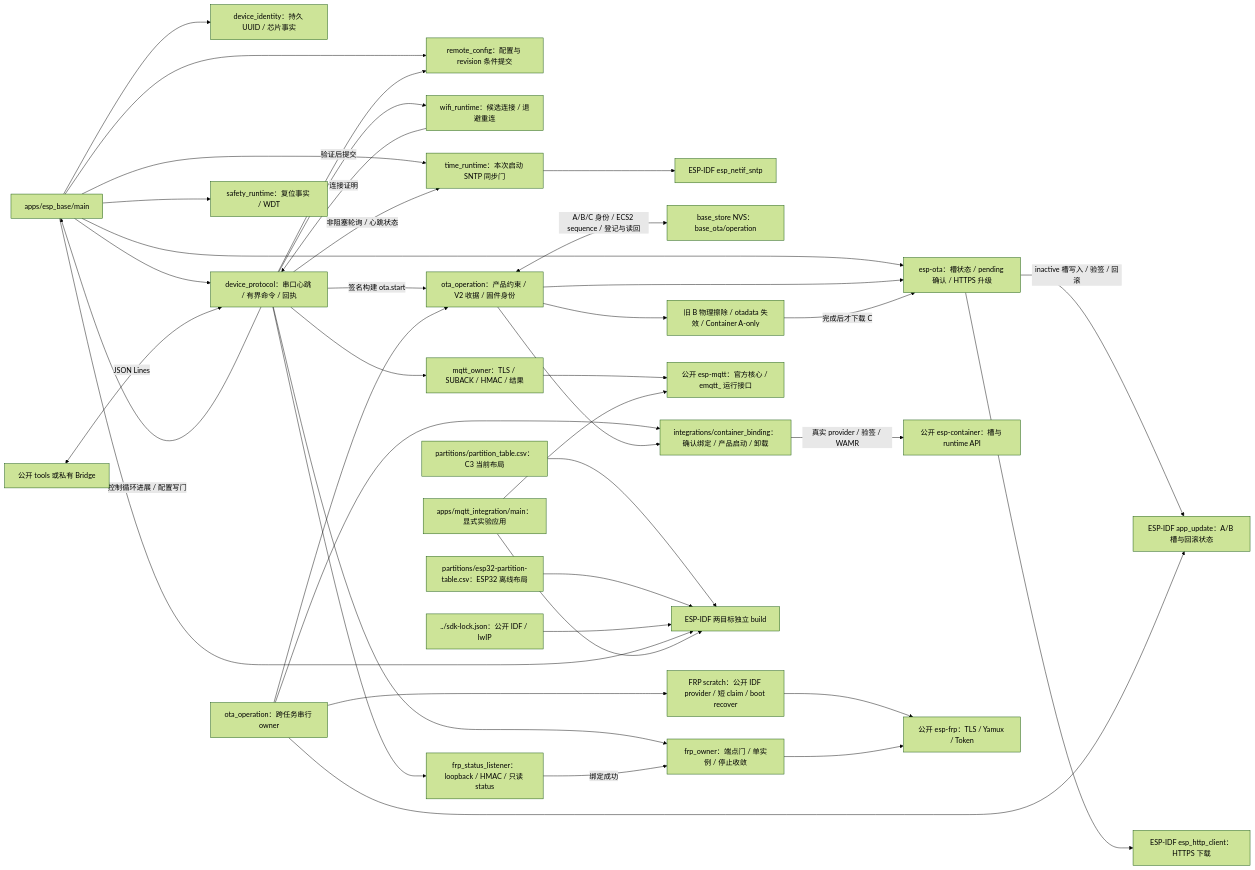
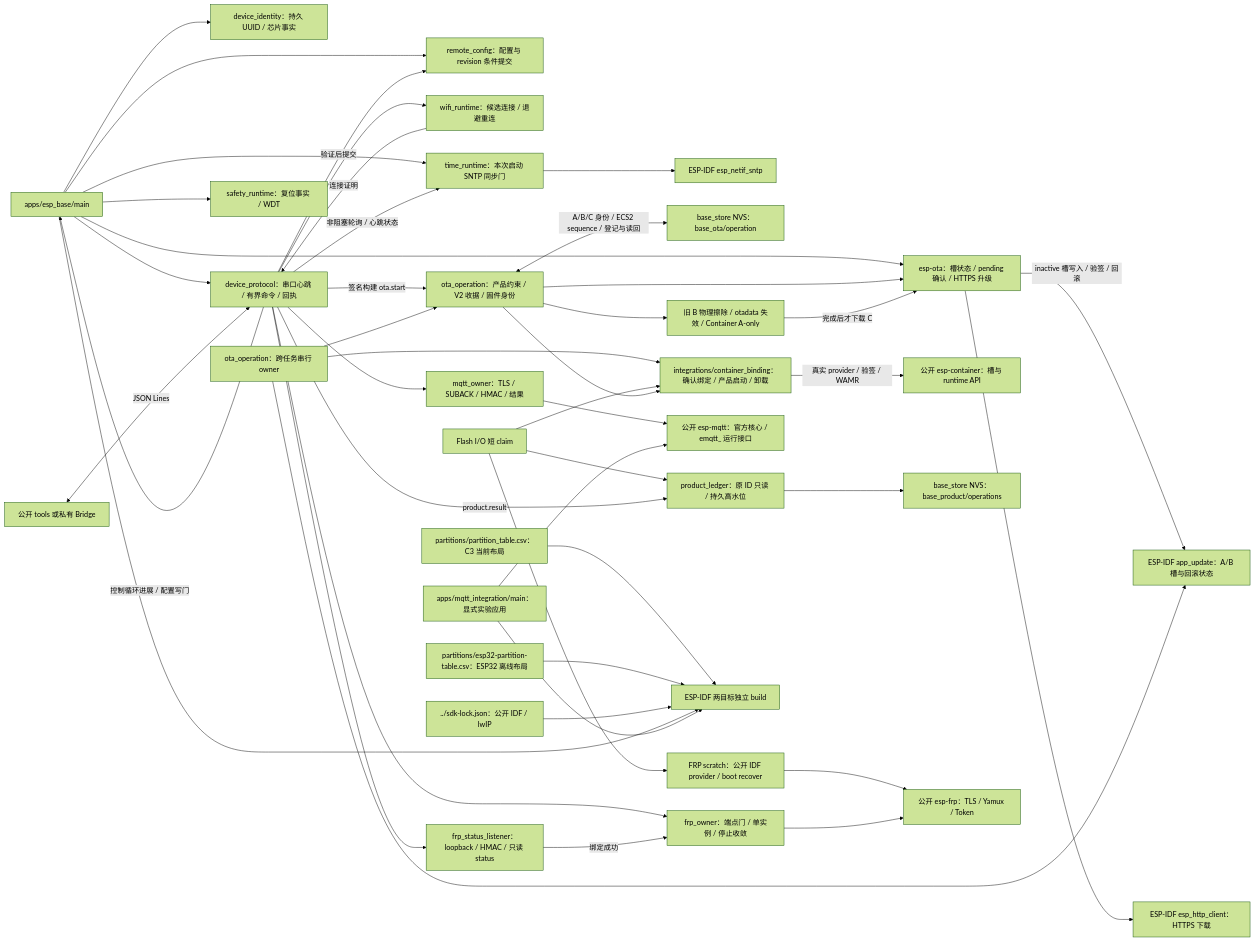
One commit to darren-you/esp-base changed the diagram in firmware/README.md. Above: the diagram before and after it, drawn with Mermaid (forest theme). The commit also changed other lines of this file and 43 other files, not shown here.

````diff
--- a/firmware/README.md
+++ b/firmware/README.md
@@ -7,42 +7,46 @@
 ```mermaid
 flowchart LR
     main["apps/esp_base/main"] --> identity["device_identity：持久 UUID / 芯片事实"]
     main --> config["remote_config：配置与 revision 条件提交"]
     protocol --> wifi["wifi_runtime：候选连接 / 退避重连"]
     wifi -->|"连接证明"| protocol
     protocol -->|"验证后提交"| config
     main --> ota["esp-ota：槽状态 / pending 确认 / HTTPS 升级"]
     receipt["ota_operation：产品约束 / V2 收据 / 固件身份"] --> ota
     main --> time["time_runtime：本次启动 SNTP 同步门"]
     protocol -->|"控制循环进展 / 配置写门"| main
     protocol -->|"非阻塞轮询 / 心跳状态"| time
     time --> sntp["ESP-IDF esp_netif_sntp"]
     ota -->|"inactive 槽写入 / 验签 / 回滚"| rollback["ESP-IDF app_update：A/B 槽与回滚状态"]
     protocol -->|"签名构建 ota.start"| receipt
     ota --> https["ESP-IDF esp_http_client：HTTPS 下载"]
     receipt <-->|"A/B/C 身份 / ECS2 sequence / 登记与读回"| nvs["base_store NVS：base_ota/operation"]
     receipt --> retire["旧 B 物理擦除 / otadata 失效 / Container A-only"]
     retire -->|"完成后才下载 C"| ota
     owner["ota_operation：跨任务串行 owner"] --> receipt
     owner --> rollback
     binding["integrations/container_binding：确认绑定 / 产品启动 / 卸载"] -->|"真实 provider / 验签 / WAMR"| container["公开 esp-container：槽与 runtime API"]
     owner --> binding
-    owner --> frp_scratch["FRP scratch：公开 IDF provider / 短 claim / boot recover"]
+    io_owner["Flash I/O 短 claim"] --> frp_scratch["FRP scratch：公开 IDF provider / boot recover"]
+    io_owner --> binding
+    io_owner --> product_ledger["product_ledger：原 ID 只读 / 持久高水位"]
+    protocol -->|"product.result"| product_ledger
+    product_ledger --> product_nvs["base_store NVS：base_product/operations"]
     frp_scratch --> frp
     receipt --> binding
     main --> safety["safety_runtime：复位事实 / WDT"]
     main --> protocol["device_protocol：串口心跳 / 有界命令 / 回执"]
     protocol --> mqtt_owner["mqtt_owner：TLS / SUBACK / HMAC / 结果"]
     mqtt_owner --> mqtt["公开 esp-mqtt：官方核心 / emqtt_ 运行接口"]
     protocol --> frp_owner["frp_owner：端点门 / 单实例 / 停止收敛"]
     protocol --> frp_status["frp_status_listener：loopback / HMAC / 只读 status"]
     frp_status -->|"绑定成功"| frp_owner
     frp_owner --> frp["公开 esp-frp：TLS / Yamux / Token"]
     host["公开 tools 或私有 Bridge"] <-->|"JSON Lines"| protocol
     c3["partitions/partition_table.csv：C3 当前布局"] --> build["ESP-IDF 两目标独立 build"]
     esp32["partitions/esp32-partition-table.csv：ESP32 离线布局"] --> build
     lock["../sdk-lock.json：公开 IDF / lwIP"] --> build
     main --> build
     lab["apps/mqtt_integration/main：显式实验应用"] --> mqtt
     lab --> build
 ```
````
